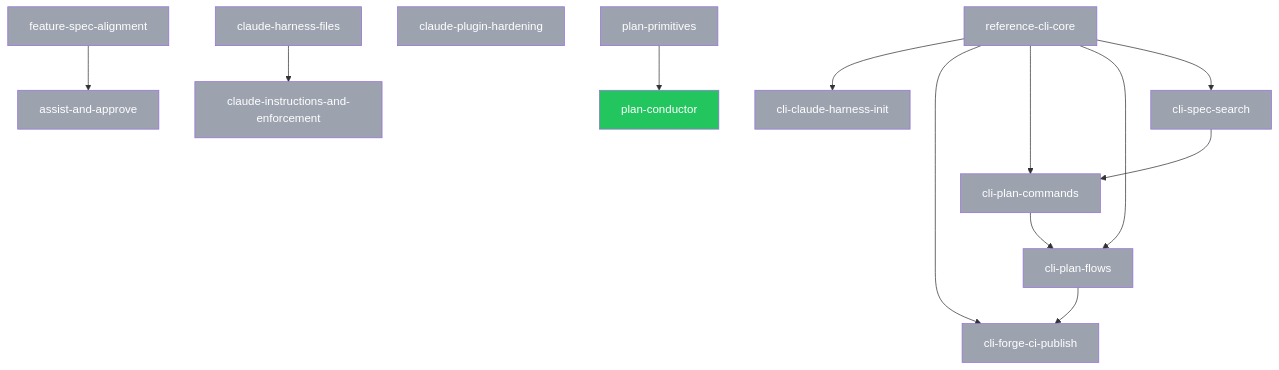
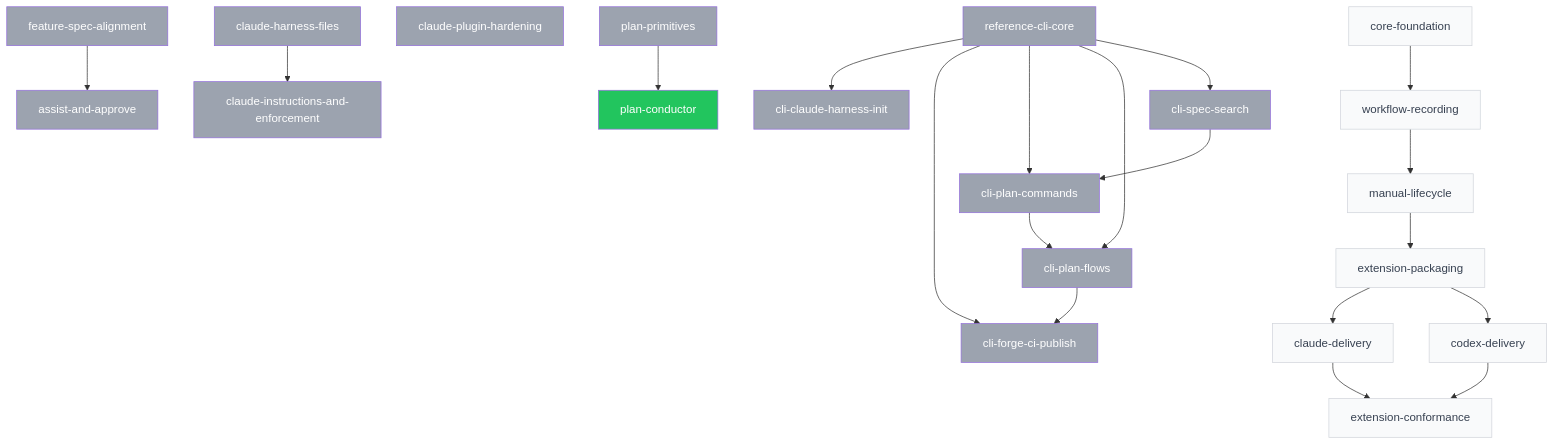
Before and after one commit to SpiralSky/specplane: the diagram in plans/PLANS.md, drawn with Mermaid. The commit also changed other lines of this file and 40 other files, not shown here.

````diff
--- a/plans/PLANS.md
+++ b/plans/PLANS.md
@@ -30,34 +37,48 @@
 ```mermaid
 graph TD
     p_2026_10_28_reference_cli_core[reference-cli-core]:::done
     p_2026_10_29_assist_and_approve[assist-and-approve]:::done
     p_2026_10_29_claude_harness_files[claude-harness-files]:::done
     p_2026_10_29_claude_instructions_and_enforcement[claude-instructions-and-enforcement]:::done
     p_2026_10_29_claude_plugin_hardening[claude-plugin-hardening]:::done
     p_2026_10_29_cli_claude_harness_init[cli-claude-harness-init]:::done
     p_2026_10_29_cli_forge_ci_publish[cli-forge-ci-publish]:::done
     p_2026_10_29_cli_plan_commands[cli-plan-commands]:::done
     p_2026_10_29_cli_plan_flows[cli-plan-flows]:::done
     p_2026_10_29_cli_spec_search[cli-spec-search]:::done
     p_2026_10_29_feature_spec_alignment[feature-spec-alignment]:::done
     p_2026_10_30_plan_conductor[plan-conductor]:::ready
     p_2026_10_30_plan_primitives[plan-primitives]:::done
+    p_2026_11_01_claude_delivery[claude-delivery]:::draft
+    p_2026_11_01_codex_delivery[codex-delivery]:::draft
+    p_2026_11_01_core_foundation[core-foundation]:::draft
+    p_2026_11_01_extension_conformance[extension-conformance]:::draft
+    p_2026_11_01_extension_packaging[extension-packaging]:::draft
+    p_2026_11_01_manual_lifecycle[manual-lifecycle]:::draft
+    p_2026_11_01_workflow_recording[workflow-recording]:::draft
     p_2026_10_29_feature_spec_alignment --> p_2026_10_29_assist_and_approve
     p_2026_10_29_claude_harness_files --> p_2026_10_29_claude_instructions_and_enforcement
     p_2026_10_28_reference_cli_core --> p_2026_10_29_cli_claude_harness_init
     p_2026_10_28_reference_cli_core --> p_2026_10_29_cli_forge_ci_publish
     p_2026_10_29_cli_plan_flows --> p_2026_10_29_cli_forge_ci_publish
     p_2026_10_28_reference_cli_core --> p_2026_10_29_cli_plan_commands
     p_2026_10_29_cli_spec_search --> p_2026_10_29_cli_plan_commands
     p_2026_10_28_reference_cli_core --> p_2026_10_29_cli_plan_flows
     p_2026_10_29_cli_plan_commands --> p_2026_10_29_cli_plan_flows
     p_2026_10_28_reference_cli_core --> p_2026_10_29_cli_spec_search
     p_2026_10_30_plan_primitives --> p_2026_10_30_plan_conductor
+    p_2026_11_01_extension_packaging --> p_2026_11_01_claude_delivery
+    p_2026_11_01_extension_packaging --> p_2026_11_01_codex_delivery
+    p_2026_11_01_claude_delivery --> p_2026_11_01_extension_conformance
+    p_2026_11_01_codex_delivery --> p_2026_11_01_extension_conformance
+    p_2026_11_01_manual_lifecycle --> p_2026_11_01_extension_packaging
+    p_2026_11_01_workflow_recording --> p_2026_11_01_manual_lifecycle
+    p_2026_11_01_core_foundation --> p_2026_11_01_workflow_recording
     classDef draft fill:#f9fafb,color:#374151,stroke:#d1d5db
     classDef ready fill:#22c55e,color:#fff
     classDef blocked fill:#ef4444,color:#fff
     classDef in_progress fill:#3b82f6,color:#fff
     classDef review fill:#60a5fa,color:#fff
     classDef done fill:#9ca3af,color:#fff
     classDef abandoned fill:#9ca3af,color:#fff,text-decoration:line-through
 ```
````
